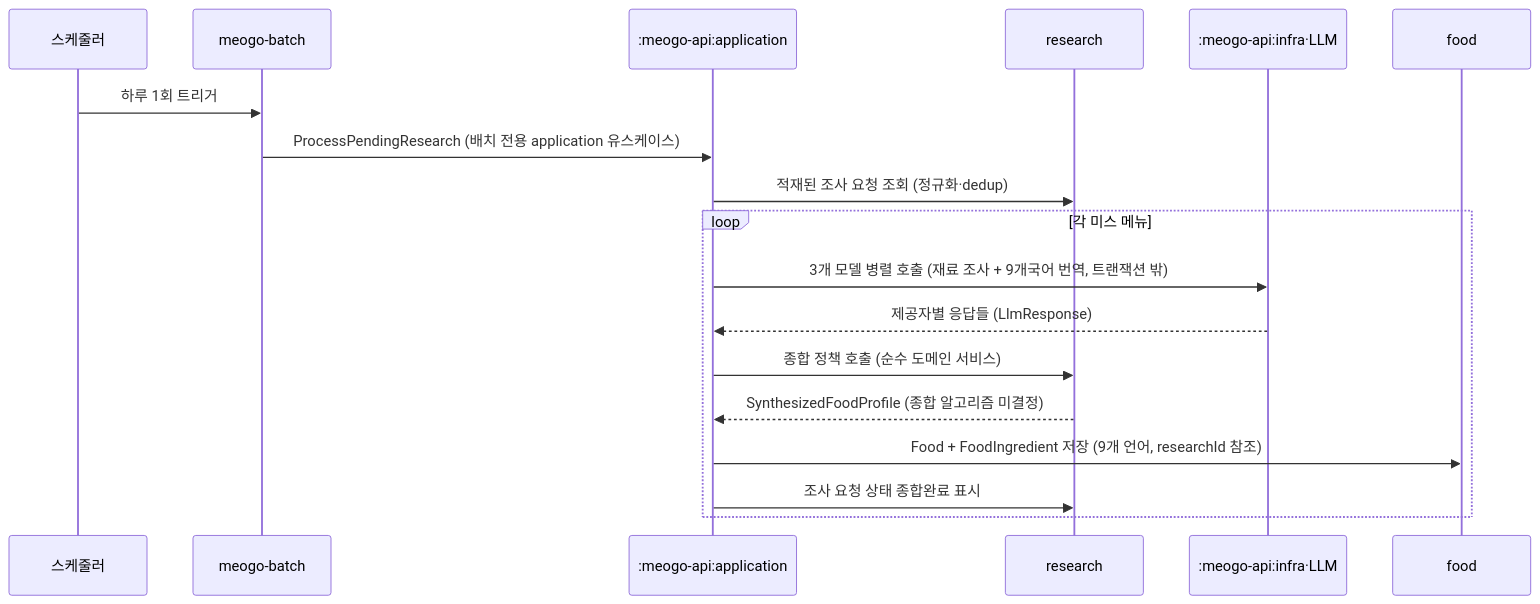
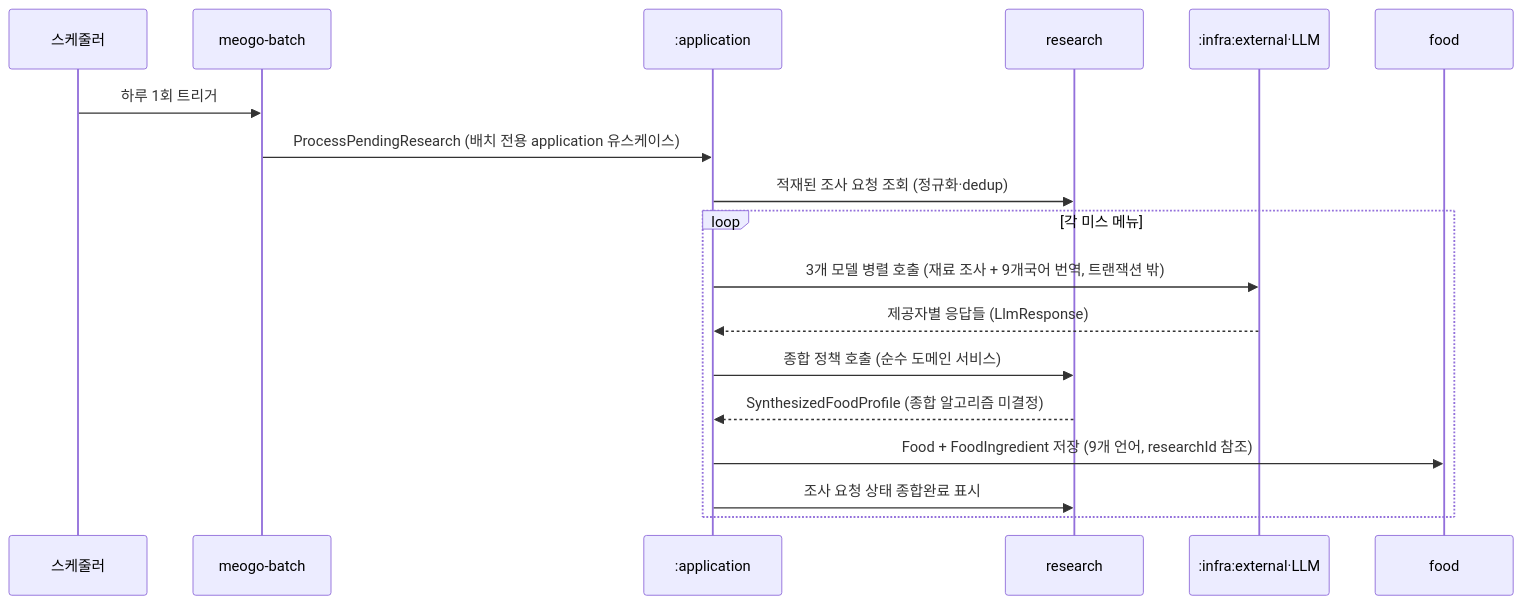
Before and after one commit to team-skyjs/kbap-server: the seventh of 7 diagrams in docs/architecture/use-case-flows.md, drawn with Mermaid. The commit also changed other lines of this file and 9 other files, not shown here.

````diff
--- a/docs/architecture/use-case-flows.md
+++ b/docs/architecture/use-case-flows.md
@@ -281,22 +281,22 @@
 ```mermaid
 sequenceDiagram
     participant Sched as 스케줄러
     participant Batch as meogo-batch
-    participant App as :meogo-api:application
+    participant App as :application
     participant Research as research
-    participant LLM as :meogo-api:infra·LLM
+    participant LLM as :infra:external·LLM
     participant Food as food
 
     Sched->>Batch: 하루 1회 트리거
     Batch->>App: ProcessPendingResearch (배치 전용 application 유스케이스)
     App->>Research: 적재된 조사 요청 조회 (정규화·dedup)
 
     loop 각 미스 메뉴
         App->>LLM: 3개 모델 병렬 호출 (재료 조사 + 9개국어 번역, 트랜잭션 밖)
         LLM-->>App: 제공자별 응답들 (LlmResponse)
         App->>Research: 종합 정책 호출 (순수 도메인 서비스)
         Research-->>App: SynthesizedFoodProfile (종합 알고리즘 미결정)
         App->>Food: Food + FoodIngredient 저장 (9개 언어, researchId 참조)
         App->>Research: 조사 요청 상태 종합완료 표시
     end
 ```
````
